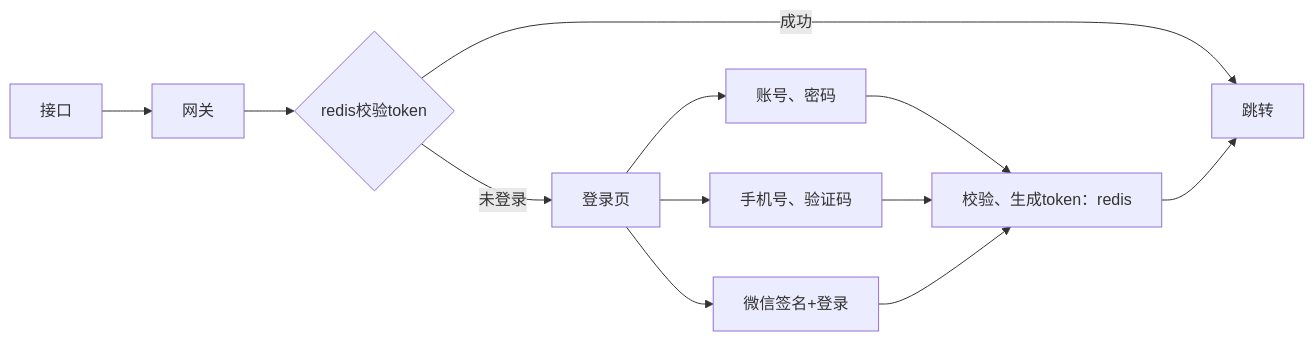
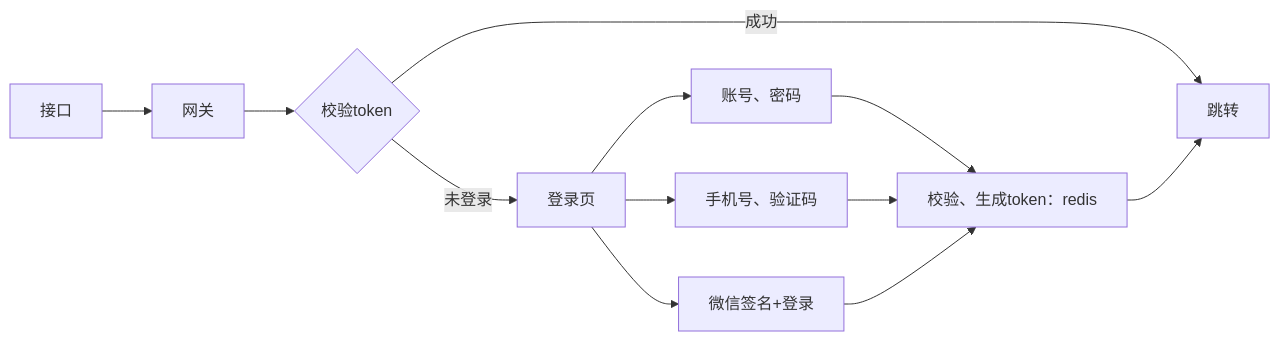
The first of 3 diagrams in 登录和鉴权.md (lituquan/notebook), drawn with Mermaid before and after one commit. The commit also changed other lines of this file and 14 other files, not shown here.

````diff
--- a/登录和鉴权.md
+++ b/登录和鉴权.md
@@ -11,9 +11,9 @@
 ```mermaid
 graph LR
-A[接口]-->B[网关]-->C{redis校验token}
+A[接口]-->B[网关]-->C{校验token}
 
 C-->|成功|D[带着userId，进入下层]
 C-->|未登录|E[登录页]-->F1[账号、密码]-->G[校验、生成token：redis]-->D[跳转]
 E-->F2[手机号、验证码]-->G
 E-->F3[微信签名+登录]-->G
 ```
````
